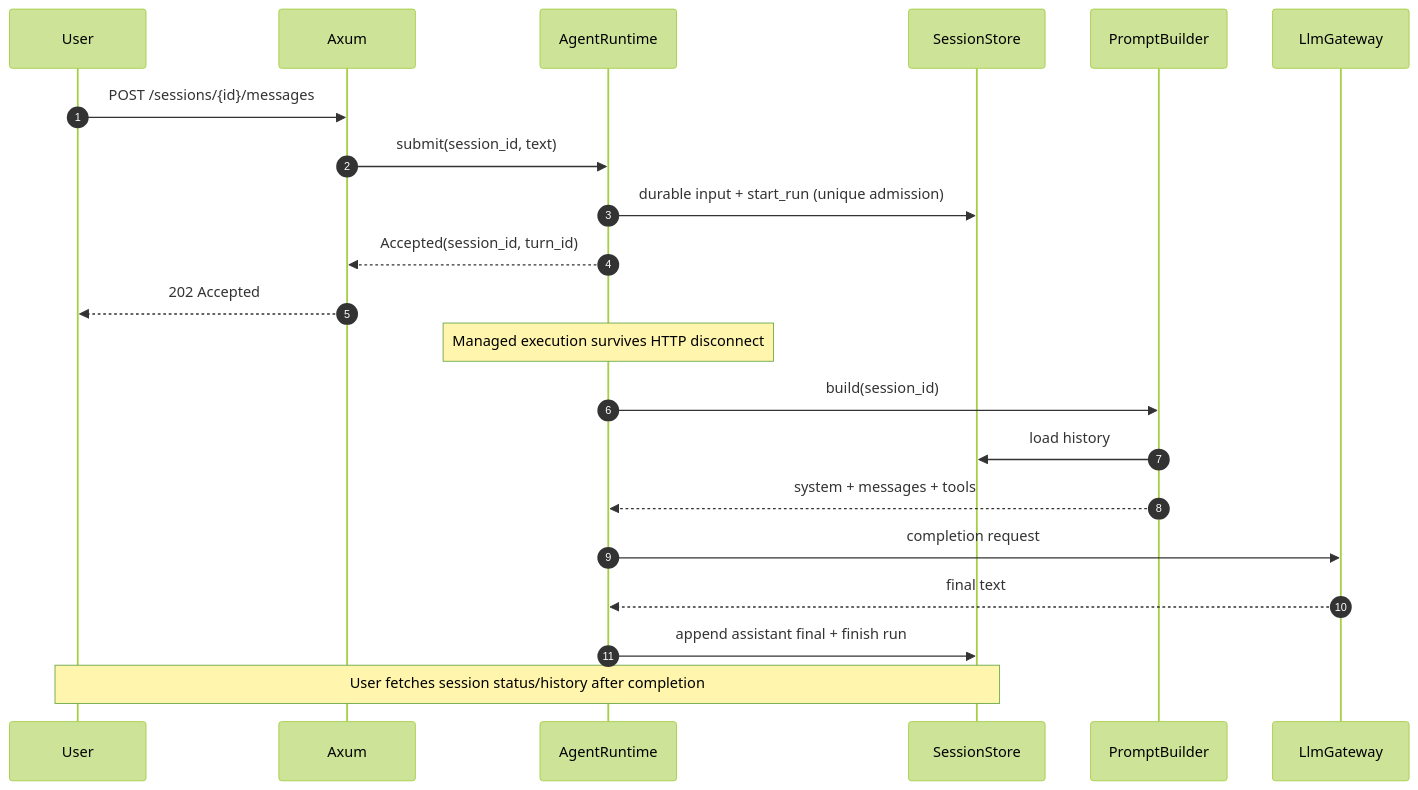
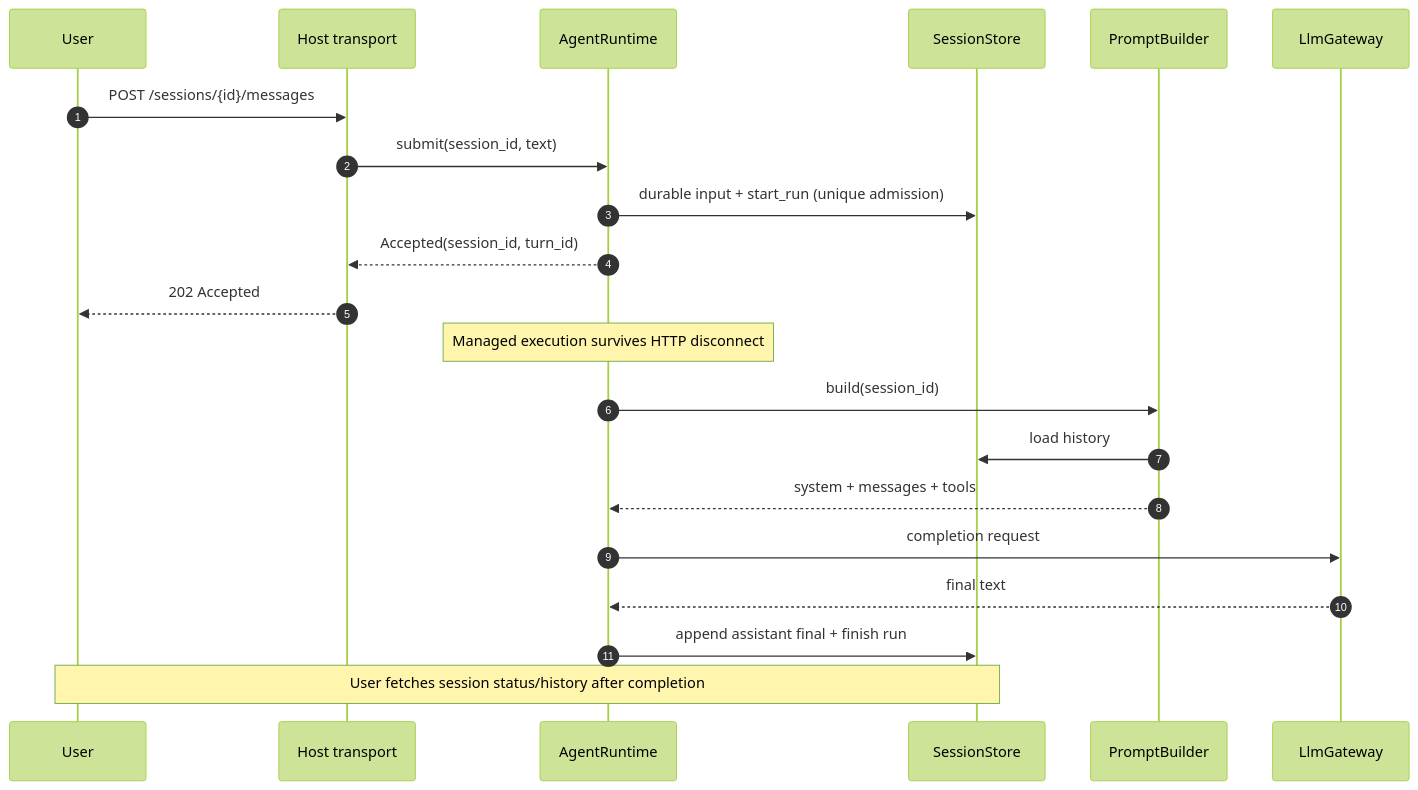
The first of 5 diagrams in docs/11-flows.md (hailp-vn38/orchestrator_agent_rs), drawn with Mermaid (forest theme) before and after one commit. The commit also changed other lines of this file and 23 other files, not shown here.

````diff
--- a/docs/11-flows.md
+++ b/docs/11-flows.md
@@ -5,23 +5,23 @@
 ```mermaid
 sequenceDiagram
     autonumber
     participant User
-    participant API as Axum
+    participant API as Host transport
     participant RT as AgentRuntime
     participant Store as SessionStore
     participant PB as PromptBuilder
     participant L as LlmGateway
     User->>API: POST /sessions/{id}/messages
     API->>RT: submit(session_id, text)
     RT->>Store: durable input + start_run (unique admission)
     RT-->>API: Accepted(session_id, turn_id)
     API-->>User: 202 Accepted
     Note over RT: Managed execution survives HTTP disconnect
     RT->>PB: build(session_id)
     PB->>Store: load history
     PB-->>RT: system + messages + tools
     RT->>L: completion request
     L-->>RT: final text
     RT->>Store: append assistant final + finish run
     Note over User,Store: User fetches session status/history after completion
 ```
````
